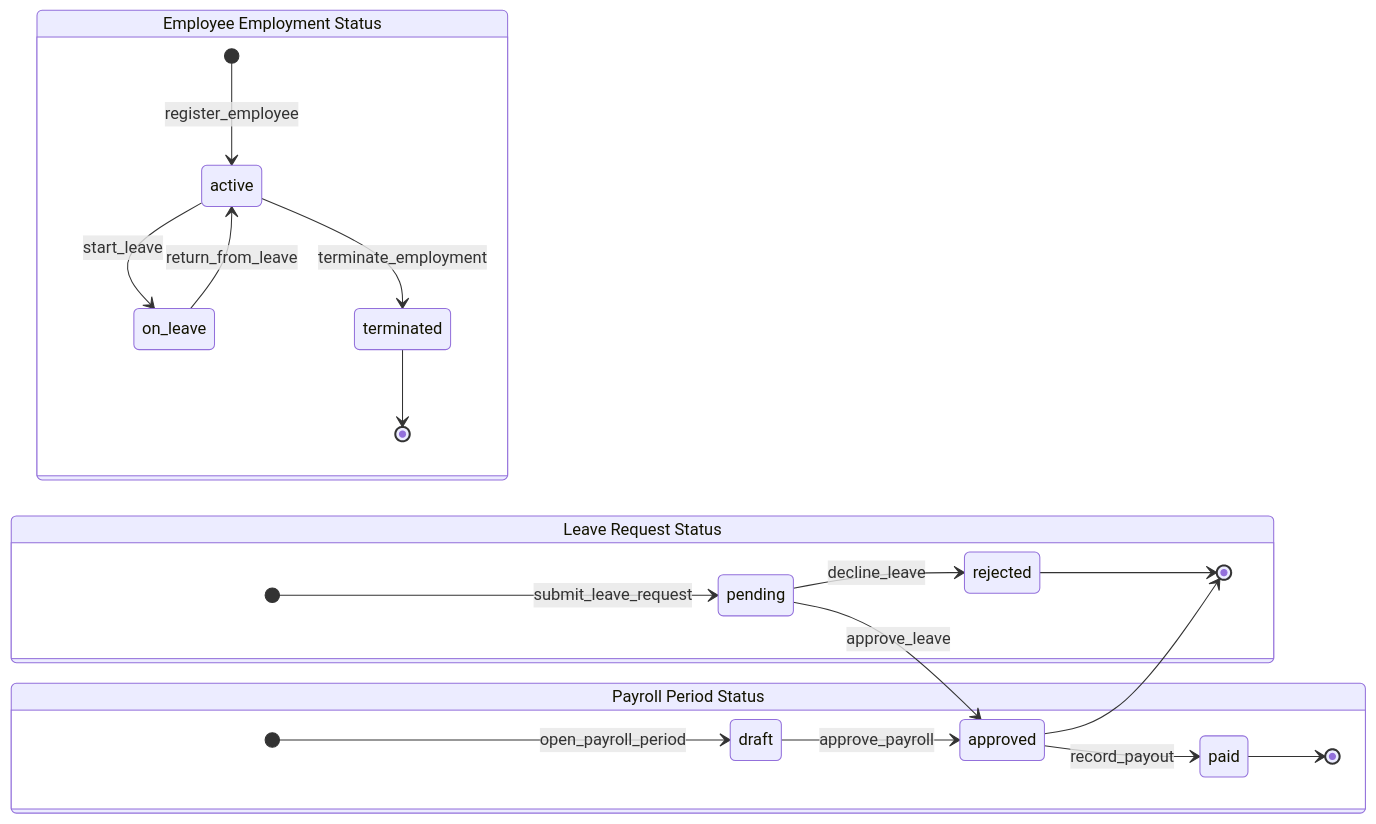
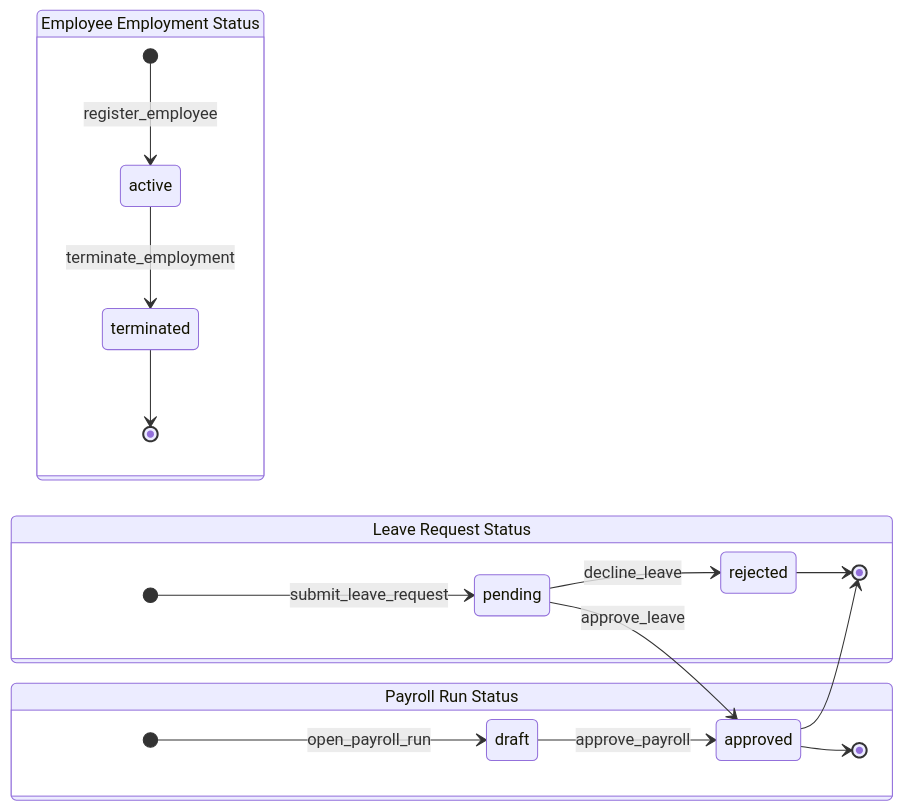
The diagram in docs/features/hr/states.mmd (prizic/ranza), drawn with Mermaid before and after one commit. The commit also changed 15 other files, not shown here.

Commit message:
docs(hr): every edge-case row names the tests that prove it, payroll's deferrals are on the roadmap, and ADR 0044 proposes what the code now assumes

```diff
--- a/docs/features/hr/states.mmd
+++ b/docs/features/hr/states.mmd
@@ -1,25 +1,28 @@
+%% Employment is employed or not. Being away is a leave request over some days,
+%% not a state: a person on leave is paid and on the rota like anyone else
+%% (HR-S1-31). A terminated record is final; re-hiring is a new record (HR-S1-39).
+%% A payroll run is opened as a draft and approved once; there is no paid state
+%% because paying is not built (HR-DEF-01), and no state is reached by anything
+%% that is not in this diagram (HR-S1-38).
 stateDiagram-v2
   direction LR
 
   state "Employee Employment Status" as EmpStatus {
     [*] --> active : register_employee
-    active --> on_leave : start_leave
-    on_leave --> active : return_from_leave
     active --> terminated : terminate_employment
     terminated --> [*]
   }
 
   state "Leave Request Status" as LeaveStatus {
     [*] --> pending : submit_leave_request
     pending --> approved : approve_leave
     pending --> rejected : decline_leave
     approved --> [*]
     rejected --> [*]
   }
 
-  state "Payroll Period Status" as PayrollStatus {
-    [*] --> draft : open_payroll_period
+  state "Payroll Run Status" as PayrollStatus {
+    [*] --> draft : open_payroll_run
     draft --> approved : approve_payroll
-    approved --> paid : record_payout
-    paid --> [*]
+    approved --> [*]
   }
```
